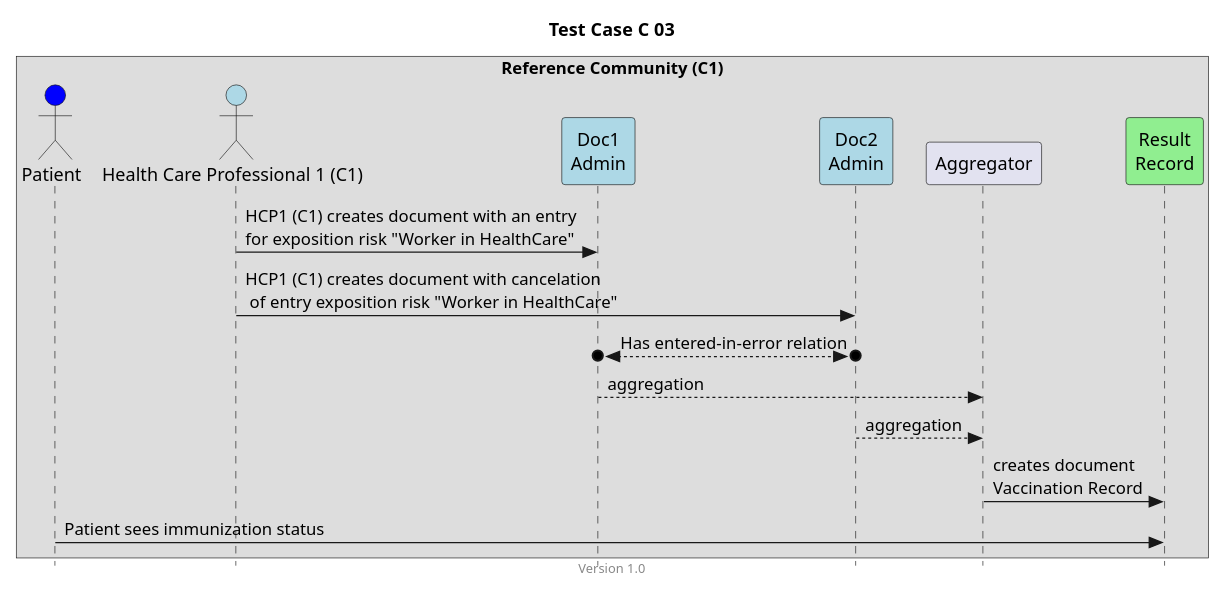
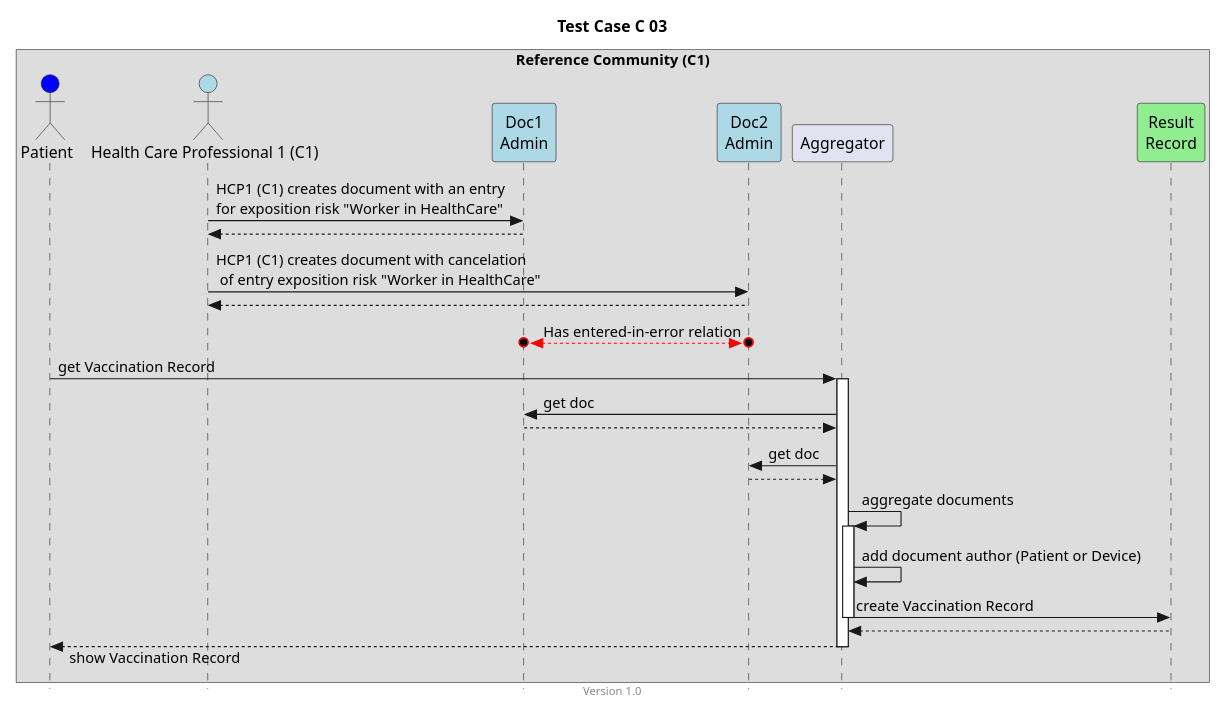
One commit to hl7ch/ch-vacd changed the diagram in input/images-source/TCC03.plantuml. Above: the diagram before and after it, drawn with PlantUML. The commit also changed 17 other files, not shown here.

Commit message:
#190 rework the seq diagrams

```diff
--- a/input/images-source/TCC03.plantuml
+++ b/input/images-source/TCC03.plantuml
@@ -1,30 +1,46 @@
 @startuml
 title Test Case C 03
 footer Version 1.0
 skinparam responseMessageBelowArrow true
 skinparam style strictuml
 scale max 800 width
 
 
 box "Reference Community (C1)"
 actor "Patient" as PAT #blue
 actor "Health Care Professional 1 (C1)" as HCP1_C1 #lightblue
 participant "Doc1\nAdmin" as Doc1 #lightblue
 participant "Doc2\nAdmin" as Doc2 #lightblue
 participant Aggregator as AGG
 participant "Result\nRecord" as RES #lightgreen
 end box
 
 HCP1_C1 -> Doc1: HCP1 (C1) creates document with an entry\nfor exposition risk "Worker in HealthCare"
+HCP1_C1 <-- Doc1
 
 HCP1_C1 -> Doc2: HCP1 (C1) creates document with cancelation\n of entry exposition risk "Worker in HealthCare"
+HCP1_C1 <-- Doc2
 
-Doc2 o<-->o Doc1: Has entered-in-error relation
+Doc2 o<-[#red]->o Doc1: Has entered-in-error relation
 
-Doc1 --> AGG: aggregation
-Doc2 --> AGG: aggregation
-AGG -> RES: creates document\nVaccination Record 
-PAT -> RES: Patient sees immunization status
+PAT -> AGG: get Vaccination Record
+activate AGG
+
+AGG -> Doc1: get doc
+AGG <-- Doc1
+
+AGG -> Doc2: get doc
+AGG <-- Doc2
+ 
+AGG -> AGG: aggregate documents 
+activate AGG
+AGG -> AGG: add document author (Patient or Device)
+AGG -> RES: create Vaccination Record
+deactivate AGG
+AGG <-- RES
+
+PAT <-- AGG: show Vaccination Record
+deactivate AGG
 
 
 @enduml
```
